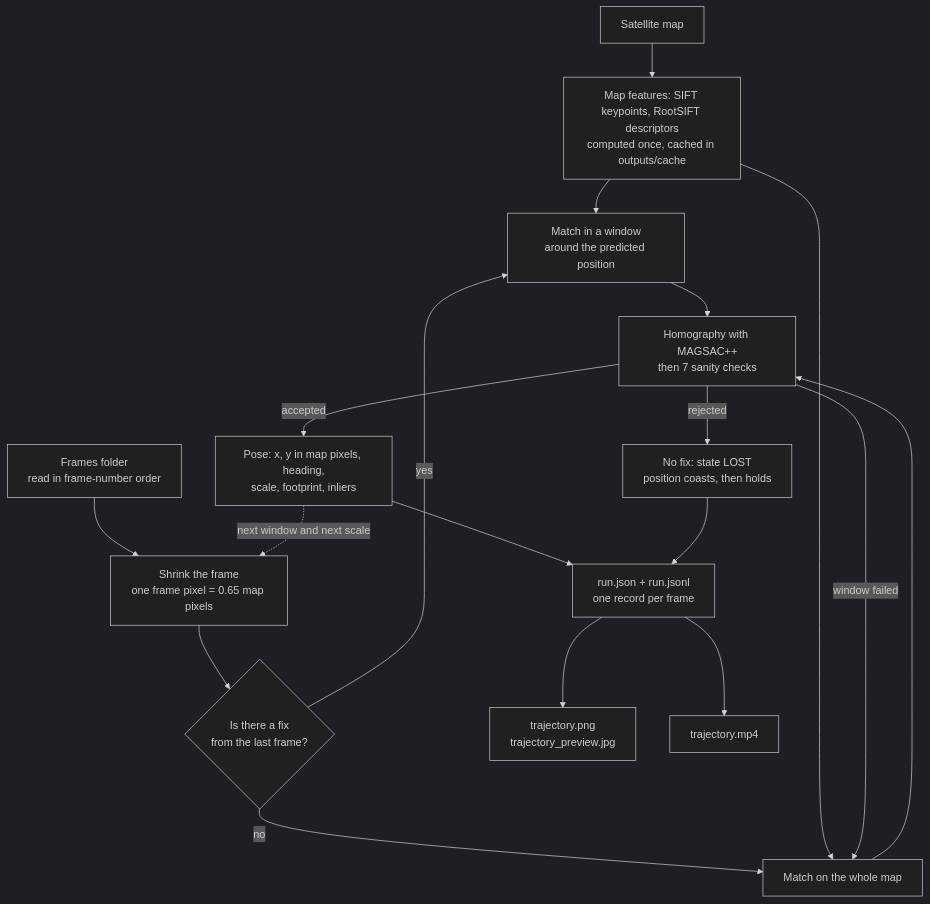
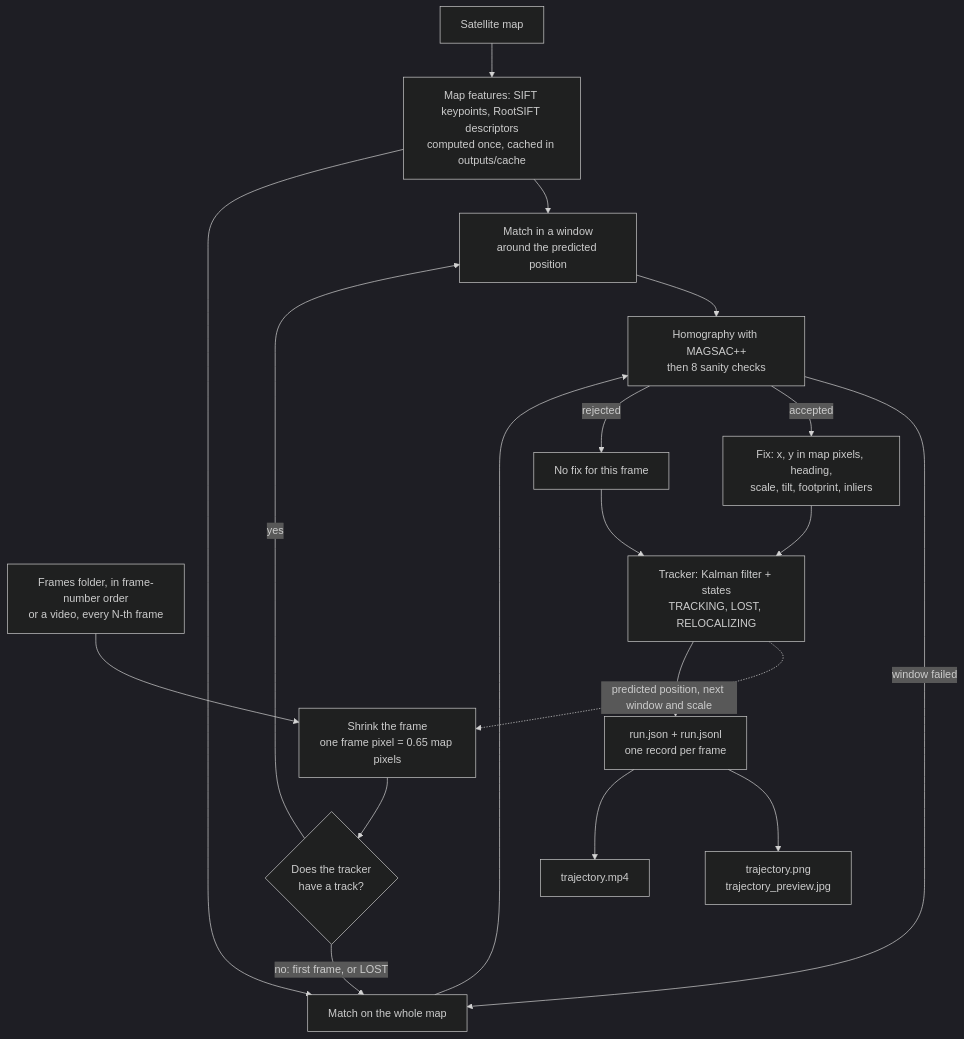
The diagram in README.md (kolyakr/orientyr), drawn with Mermaid (dark theme) before and after one commit. The commit also changed other lines of this file and 1 other file, not shown here.

Commit message:
M1-11: README v1 for today's code: tracker, video, XFeat, console, numbers measured again, result image from a fresh run

````diff
--- a/README.md
+++ b/README.md
@@ -22,20 +22,21 @@
 ```mermaid
 flowchart TD
     M["Satellite map"] --> MF["Map features: SIFT keypoints, RootSIFT descriptors<br/>computed once, cached in outputs/cache"]
-    F["Frames folder<br/>read in frame-number order"] --> S["Shrink the frame<br/>one frame pixel = 0.65 map pixels"]
-    S --> W{"Is there a fix<br/>from the last frame?"}
+    F["Frames folder, in frame-number order<br/>or a video, every N-th frame"] --> S["Shrink the frame<br/>one frame pixel = 0.65 map pixels"]
+    S --> W{"Does the tracker<br/>have a track?"}
     W -- "yes" --> WIN["Match in a window<br/>around the predicted position"]
-    W -- "no" --> GLO["Match on the whole map"]
+    W -- "no: first frame, or LOST" --> GLO["Match on the whole map"]
     MF --> WIN
     MF --> GLO
-    WIN --> H["Homography with MAGSAC++<br/>then 7 sanity checks"]
+    WIN --> H["Homography with MAGSAC++<br/>then 8 sanity checks"]
     GLO --> H
     H -- "window failed" --> GLO
-    H -- "accepted" --> P["Pose: x, y in map pixels, heading,<br/>scale, footprint, inliers"]
-    H -- "rejected" --> L["No fix: state LOST<br/>position coasts, then holds"]
-    P -. "next window and next scale" .-> S
-    P --> T["run.json + run.jsonl<br/>one record per frame"]
-    L --> T
+    H -- "accepted" --> P["Fix: x, y in map pixels, heading,<br/>scale, tilt, footprint, inliers"]
+    H -- "rejected" --> NF["No fix for this frame"]
+    P --> K["Tracker: Kalman filter + states<br/>TRACKING, LOST, RELOCALIZING"]
+    NF --> K
+    K -. "predicted position, next window and scale" .-> S
+    K --> T["run.json + run.jsonl<br/>one record per frame"]
     T --> IMG["trajectory.png<br/>trajectory_preview.jpg"]
     T --> VID["trajectory.mp4"]
 ```
````
